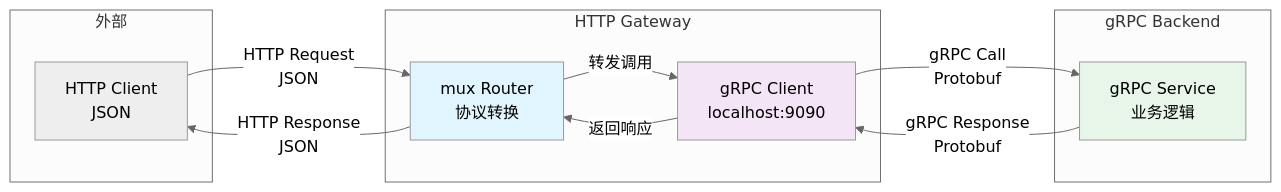
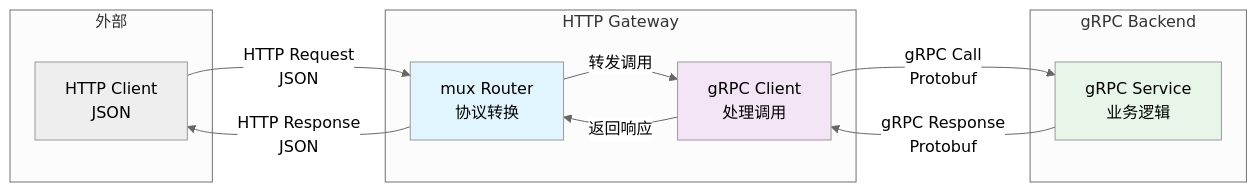
The second of 2 diagrams in content/posts/2026/grpc实践练习.md (Jinvic/personal-blog), drawn with Mermaid (neutral theme) before and after one commit. The commit also changed other lines of this file, not shown here.

````diff
--- a/content/posts/2026/grpc实践练习.md
+++ b/content/posts/2026/grpc实践练习.md
@@ -2215,26 +2228,26 @@
 ```mermaid
 flowchart LR
     subgraph External[外部]
         Client[HTTP Client<br/>JSON]
     end
     
     subgraph Gateway[HTTP Gateway]
         Router[mux Router<br/>协议转换]
-        GRPCClient[gRPC Client<br/>localhost:9090]
+        GRPCClient[gRPC Client<br/>处理调用]
     end
     
     subgraph Backend[gRPC Backend]
         Service[gRPC Service<br/>业务逻辑]
     end
     
     Client -->|HTTP Request<br/>JSON| Router
     Router -->|转发调用| GRPCClient
     GRPCClient -->|gRPC Call<br/>Protobuf| Service
     Service -->|gRPC Response<br/>Protobuf| GRPCClient
     GRPCClient -->|返回响应| Router
     Router -->|HTTP Response<br/>JSON| Client
     
     style Router fill:#e1f5fe
     style GRPCClient fill:#f3e5f5
     style Service fill:#e8f5e9
 ```
````
